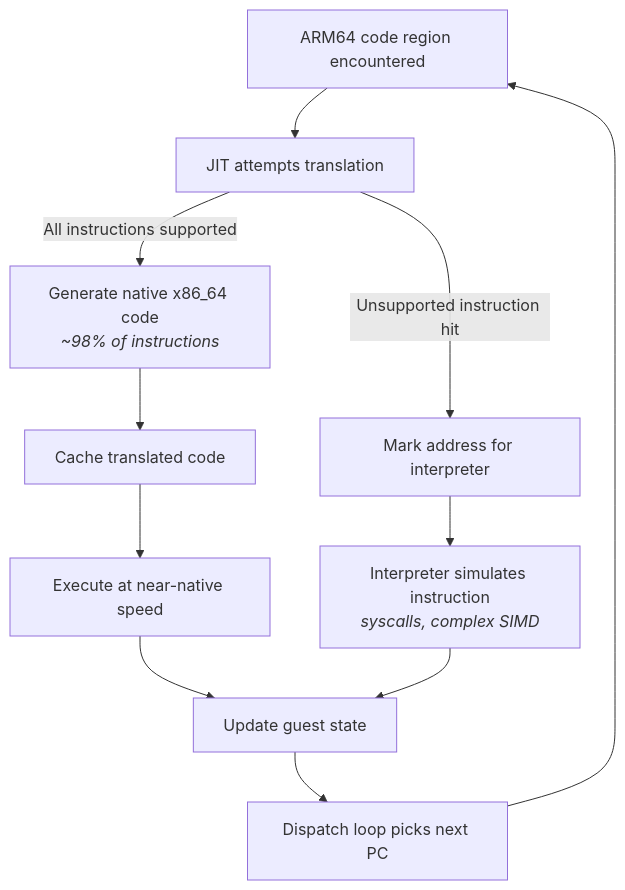
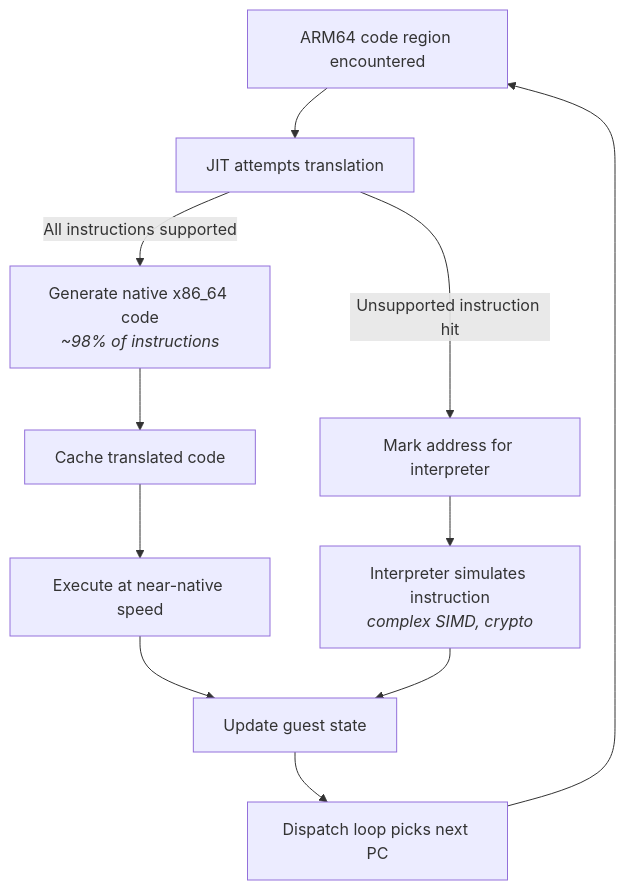
The first of 50 diagrams in docs/how-it-works.md (DigitalisX64/digitalis), drawn with Mermaid before and after one commit. The commit also changed other lines of this file, not shown here.

````diff
--- a/docs/how-it-works.md
+++ b/docs/how-it-works.md
@@ -113,13 +129,13 @@
 ```mermaid
 graph TD
     A["ARM64 code region encountered"] --> B["JIT attempts translation"]
     B -->|"All instructions supported"| C["Generate native x86_64 code<br/><i>~98% of instructions</i>"]
     C --> D["Cache translated code"]
     D --> E["Execute at near-native speed"]
     B -->|"Unsupported instruction hit"| F["Mark address for interpreter"]
-    F --> G["Interpreter simulates instruction<br/><i>syscalls, complex SIMD</i>"]
+    F --> G["Interpreter simulates instruction<br/><i>complex SIMD, crypto</i>"]
     E --> H["Update guest state"]
     G --> H
     H --> I["Dispatch loop picks next PC"]
     I --> A
 ```
````
